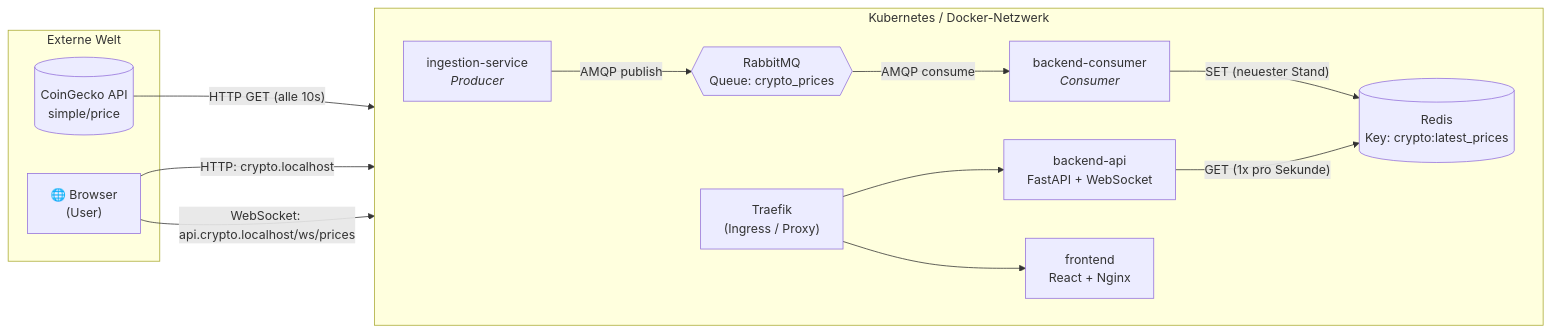
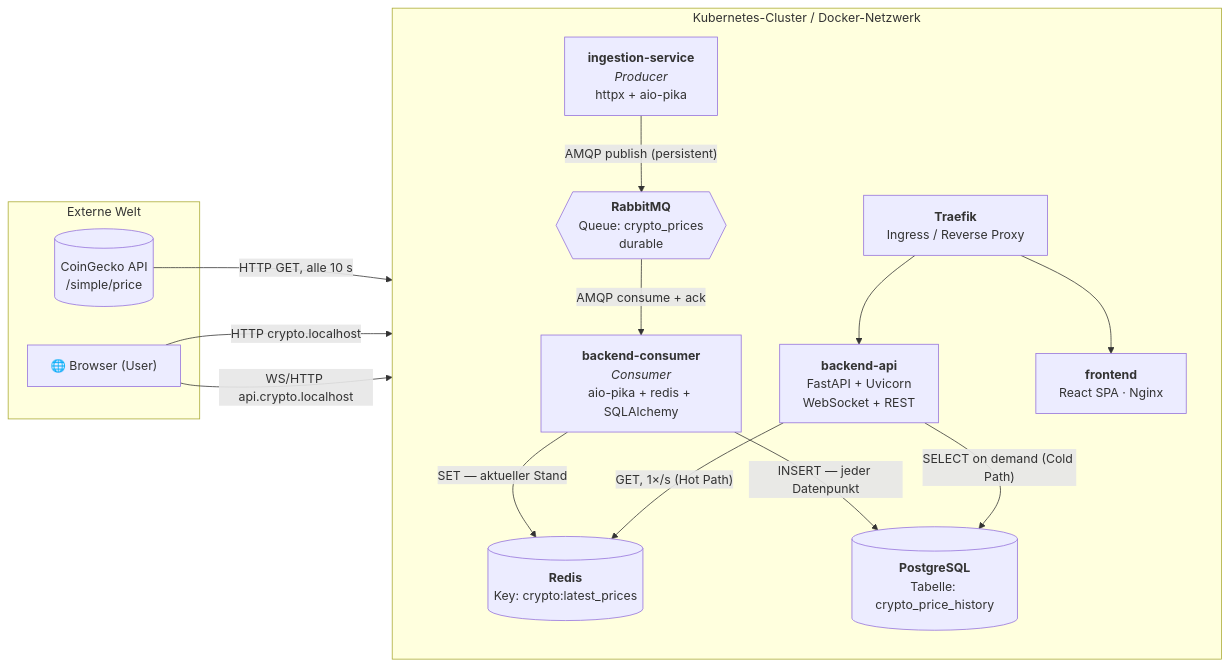
One commit to fgrothaus/crypto-data-pipeline changed the first of 3 diagrams in DOKUMENTATION.md. Above: the diagram before and after it, drawn with Mermaid. The commit also changed other lines of this file, not shown here.

````diff
--- a/DOKUMENTATION.md
+++ b/DOKUMENTATION.md
@@ -61,28 +139,36 @@
 ```mermaid
 flowchart LR
-    subgraph ext[Externe Welt]
-        CG[("CoinGecko API<br/>simple/price")]
-        Browser["🌐 Browser<br/>(User)"]
+    subgraph ext["Externe Welt"]
+        CG[("CoinGecko API<br/>/simple/price")]
+        Browser["🌐 Browser (User)"]
     end
 
-    subgraph cluster["Kubernetes / Docker-Netzwerk"]
-        direction LR
-        ING["ingestion-service<br/><i>Producer</i>"]
-        RMQ{{"RabbitMQ<br/>Queue: crypto_prices"}}
-        CON["backend-consumer<br/><i>Consumer</i>"]
-        RED[("Redis<br/>Key: crypto:latest_prices")]
-        API["backend-api<br/>FastAPI + WebSocket"]
-        FE["frontend<br/>React + Nginx"]
-        TR["Traefik<br/>(Ingress / Proxy)"]
+    subgraph cluster["Kubernetes-Cluster / Docker-Netzwerk"]
+        direction TB
+
+        ING["<b>ingestion-service</b><br/><i>Producer</i><br/>httpx + aio-pika"]
+        RMQ{{"<b>RabbitMQ</b><br/>Queue: crypto_prices<br/>durable"}}
+        CON["<b>backend-consumer</b><br/><i>Consumer</i><br/>aio-pika + redis + SQLAlchemy"]
+
+        RED[("<b>Redis</b><br/>Key: crypto:latest_prices")]
+        PG[("<b>PostgreSQL</b><br/>Tabelle: crypto_price_history")]
+
+        API["<b>backend-api</b><br/>FastAPI + Uvicorn<br/>WebSocket + REST"]
+        FE["<b>frontend</b><br/>React SPA · Nginx"]
+        TR["<b>Traefik</b><br/>Ingress / Reverse Proxy"]
     end
 
-    CG -->|"HTTP GET (alle 10s)"| ING
-    ING -->|"AMQP publish"| RMQ
-    RMQ -->|"AMQP consume"| CON
-    CON -->|"SET (neuester Stand)"| RED
-    API -->|"GET (1x pro Sekunde)"| RED
-    Browser -->|"HTTP: crypto.localhost"| TR
+    CG -->|"HTTP GET, alle 10 s"| ING
+    ING -->|"AMQP publish (persistent)"| RMQ
+    RMQ -->|"AMQP consume + ack"| CON
+    CON -->|"SET — aktueller Stand"| RED
+    CON -->|"INSERT — jeder Datenpunkt"| PG
+
+    API -->|"GET, 1×/s (Hot Path)"| RED
+    API -->|"SELECT on demand (Cold Path)"| PG
+
+    Browser -->|"HTTP crypto.localhost"| TR
+    Browser -->|"WS/HTTP api.crypto.localhost"| TR
     TR --> FE
-    Browser -->|"WebSocket: api.crypto.localhost/ws/prices"| TR
     TR --> API
 ```
````
